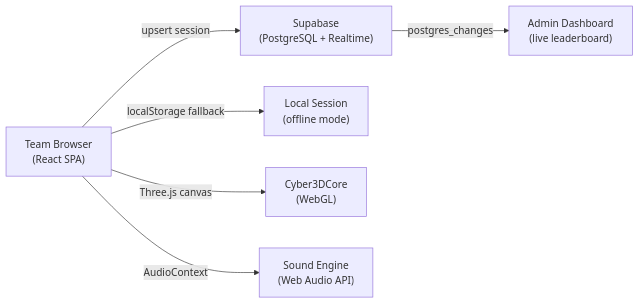
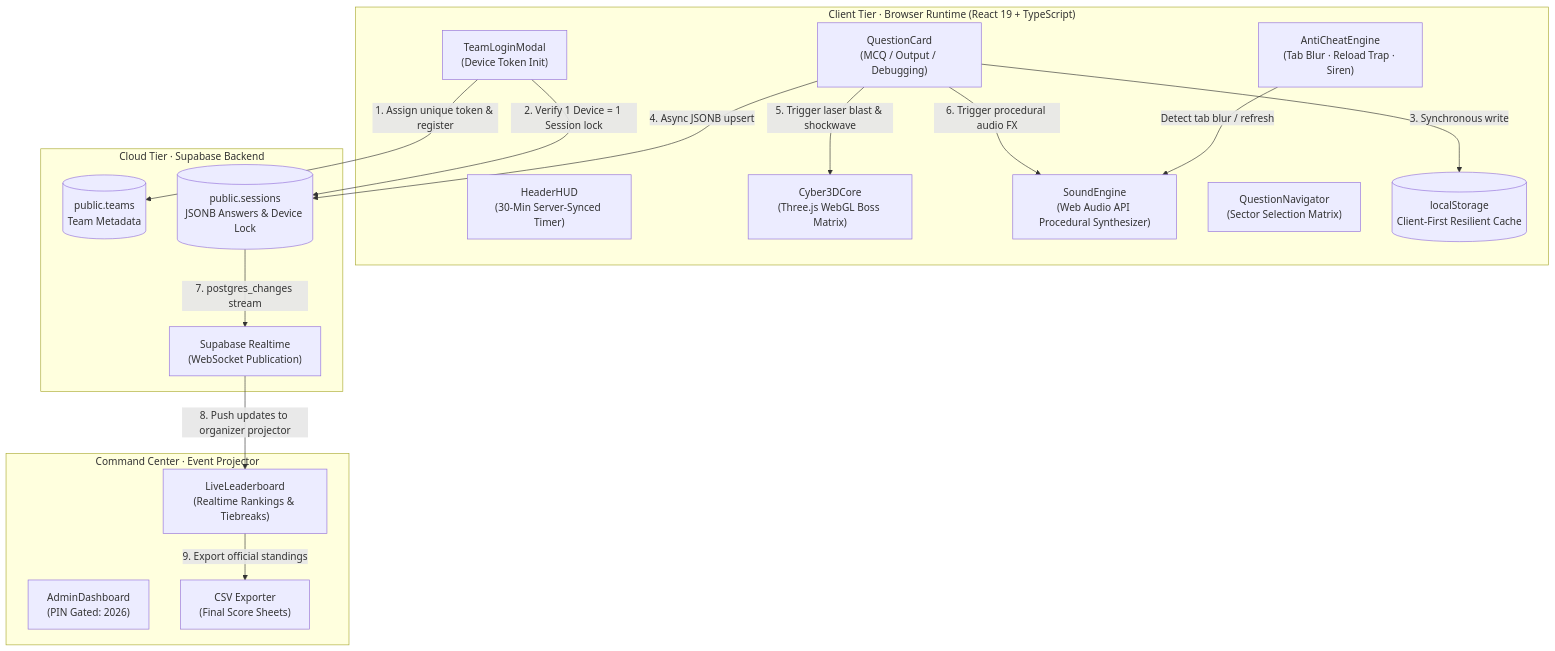
Before and after one commit to samuelmichaelalva/Technovation_Web_of_Doom: the diagram in README.md, drawn with Mermaid. The commit also changed other lines of this file, not shown here.

````diff
--- a/README.md
+++ b/README.md
@@ -124,8 +147,36 @@
 ```mermaid
-flowchart LR
-    A["Team Browser\n(React SPA)"] -->|"upsert session"| B["Supabase\n(PostgreSQL + Realtime)"]
-    A -->|"localStorage fallback"| C["Local Session\n(offline mode)"]
-    B -->|"postgres_changes"| D["Admin Dashboard\n(live leaderboard)"]
-    A -->|"Three.js canvas"| E["Cyber3DCore\n(WebGL)"]
-    A -->|"AudioContext"| F["Sound Engine\n(Web Audio API)"]
+flowchart TD
+    subgraph Client["Client Tier · Browser Runtime (React 19 + TypeScript)"]
+        Login["TeamLoginModal\n(Device Token Init)"]
+        HUD["HeaderHUD\n(30-Min Server-Synced Timer)"]
+        Core3D["Cyber3DCore\n(Three.js WebGL Boss Matrix)"]
+        Sound["SoundEngine\n(Web Audio API Procedural Synthesizer)"]
+        Navigator["QuestionNavigator\n(Sector Selection Matrix)"]
+        Card["QuestionCard\n(MCQ / Output / Debugging)"]
+        AntiCheat["AntiCheatEngine\n(Tab Blur · Reload Trap · Siren)"]
+        LS[("localStorage\nClient-First Resilient Cache")]
+    end
+
+    subgraph Cloud["Cloud Tier · Supabase Backend"]
+        TeamsTable[("public.teams\nTeam Metadata")]
+        SessionsTable[("public.sessions\nJSONB Answers & Device Lock")]
+        RealtimePub["Supabase Realtime\n(WebSocket Publication)"]
+    end
+
+    subgraph Admin["Command Center · Event Projector"]
+        AdminHUD["AdminDashboard\n(PIN Gated: 2026)"]
+        LiveBoard["LiveLeaderboard\n(Realtime Rankings & Tiebreaks)"]
+        CSV["CSV Exporter\n(Final Score Sheets)"]
+    end
+
+    Login -->|"1. Assign unique token & register"| TeamsTable
+    Login -->|"2. Verify 1 Device = 1 Session lock"| SessionsTable
+    Card -->|"3. Synchronous write"| LS
+    Card -->|"4. Async JSONB upsert"| SessionsTable
+    Card -->|"5. Trigger laser blast & shockwave"| Core3D
+    Card -->|"6. Trigger procedural audio FX"| Sound
+    AntiCheat -->|"Detect tab blur / refresh"| Sound
+    SessionsTable -->|"7. postgres_changes stream"| RealtimePub
+    RealtimePub -->|"8. Push updates to organizer projector"| LiveBoard
+    LiveBoard -->|"9. Export official standings"| CSV
 ```
````
